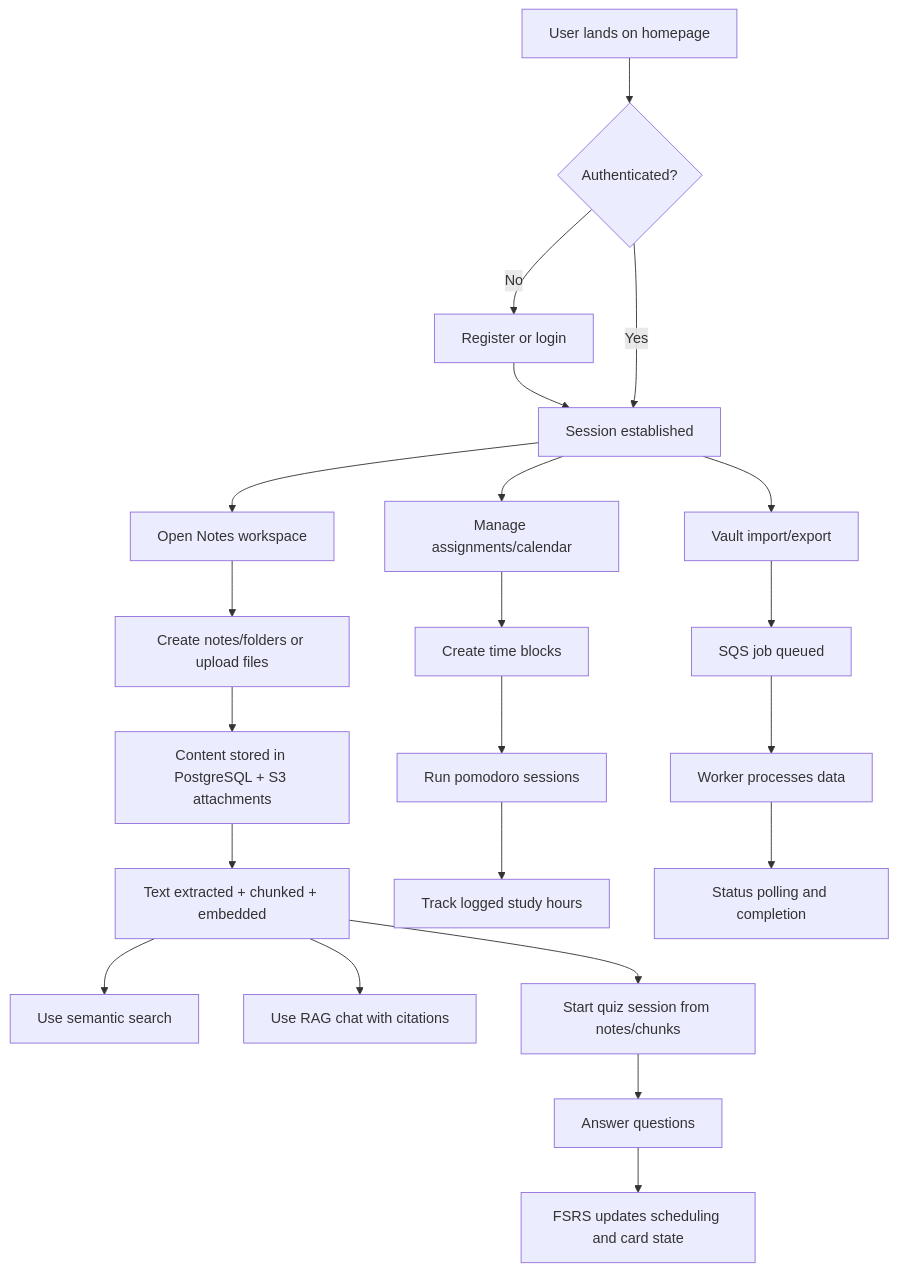
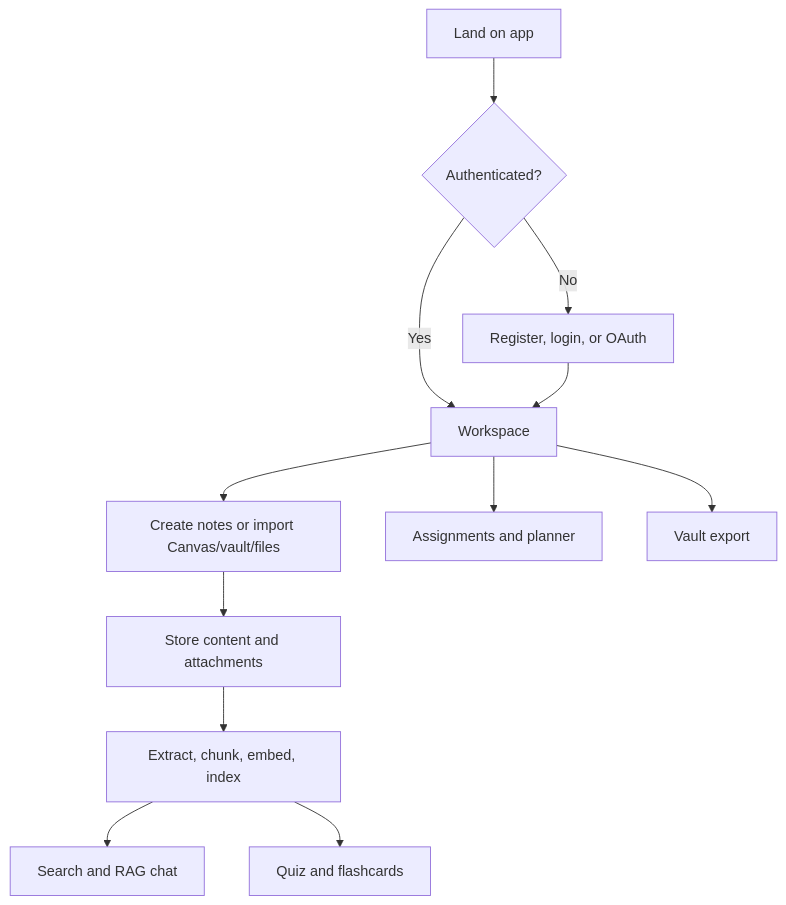
One commit to semyonfox/oghma changed the first of 2 diagrams in docs/obsidian-demo-user-flow.md. Above: the diagram before and after it, drawn with Mermaid. The commit also changed other lines of this file and 32 other files, not shown here.

````diff
--- a/docs/obsidian-demo-user-flow.md
+++ b/docs/obsidian-demo-user-flow.md
@@ -35,29 +30,14 @@
 ```mermaid
 flowchart TD
-    A[User lands on homepage] --> B{Authenticated?}
-    B -- No --> C[Register or login]
-    C --> D[Session established]
-    B -- Yes --> D
-
-    D --> E[Open Notes workspace]
-    E --> F[Create notes/folders or upload files]
-    F --> G[Content stored in PostgreSQL + S3 attachments]
-    G --> H[Text extracted + chunked + embedded]
-
-    H --> I[Use semantic search]
-    H --> J[Use RAG chat with citations]
-    H --> K[Start quiz session from notes/chunks]
-
-    K --> L[Answer questions]
-    L --> M[FSRS updates scheduling and card state]
-
-    D --> N[Manage assignments/calendar]
-    N --> O[Create time blocks]
-    O --> P[Run pomodoro sessions]
-    P --> Q[Track logged study hours]
-
-    D --> R[Vault import/export]
-    R --> S[SQS job queued]
-    S --> T[Worker processes data]
-    T --> U[Status polling and completion]
+    A[Land on app] --> B{Authenticated?}
+    B -- No --> C[Register, login, or OAuth]
+    B -- Yes --> D[Workspace]
+    C --> D
+    D --> E[Create notes or import Canvas/vault/files]
+    E --> F[Store content and attachments]
+    F --> G[Extract, chunk, embed, index]
+    G --> H[Search and RAG chat]
+    G --> I[Quiz and flashcards]
+    D --> J[Assignments and planner]
+    D --> K[Vault export]
 ```
````
